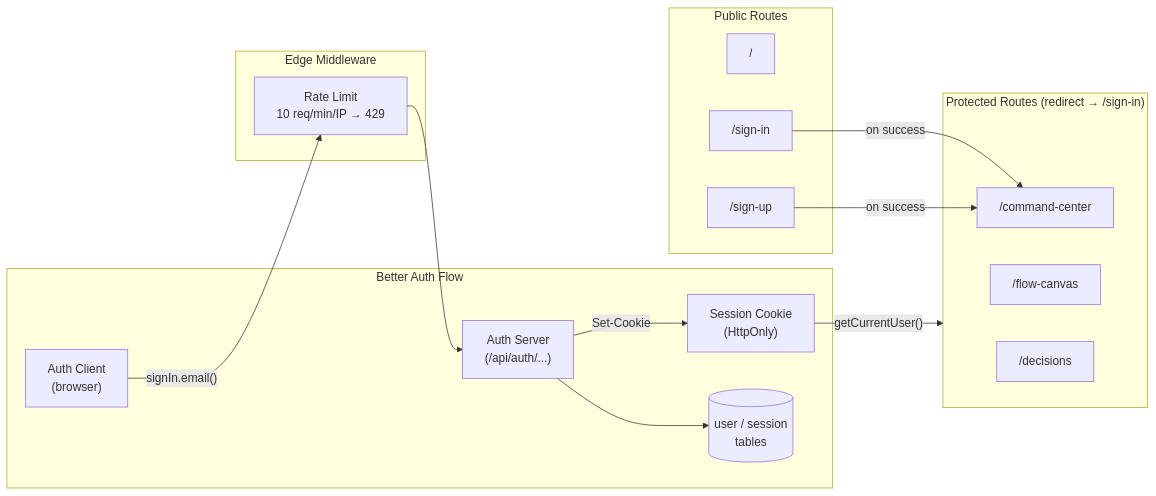
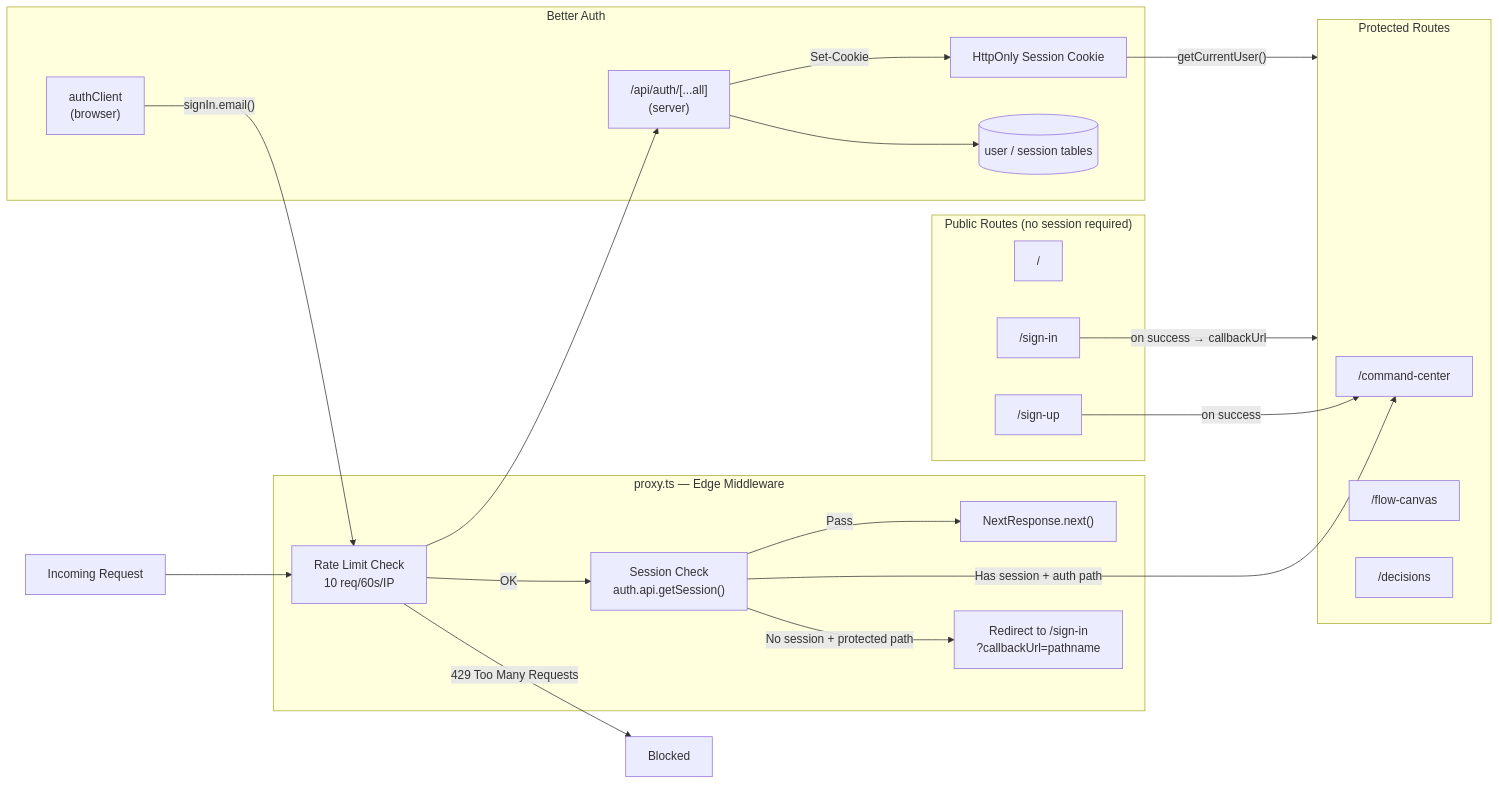
Before and after one commit to BugHunterX2101/SentinalGateway: the fifth of 7 diagrams in README.md, drawn with Mermaid. The commit also changed other lines of this file, not shown here.

Commit message:
docs: complete README redesign with detailed architecture diagrams, full file structure, API reference, and design system docs

````diff
--- a/README.md
+++ b/README.md
@@ -187,34 +256,45 @@
 ```mermaid
 flowchart LR
-    subgraph PublicRoutes["Public Routes"]
-        Landing["/"]
+    subgraph Public["Public Routes (no session required)"]
+        Home["/"]
         SignIn["/sign-in"]
         SignUp["/sign-up"]
     end
 
-    subgraph ProtectedRoutes["Protected Routes (redirect → /sign-in)"]
-        CommandCenter["/command-center"]
-        FlowCanvas["/flow-canvas"]
-        Decisions["/decisions"]
+    subgraph Protected["Protected Routes"]
+        CC["/command-center"]
+        FC["/flow-canvas"]
+        DEC["/decisions"]
     end
 
-    subgraph AuthFlow["Better Auth Flow"]
-        Client["Auth Client\n(browser)"]
-        Server["Auth Server\n(/api/auth/...)"]
-        Session["Session Cookie\n(HttpOnly)"]
-        DB[("user / session\ntables")]
+    subgraph Edge["proxy.ts — Edge Middleware"]
+        RL["Rate Limit Check<br/>10 req/60s/IP"]
+        SC["Session Check<br/>auth.api.getSession()"]
+        Redirect["Redirect to /sign-in<br/>?callbackUrl=pathname"]
+        PassThrough["NextResponse.next()"]
     end
 
-    subgraph Middleware["Edge Middleware"]
-        RateLimit["Rate Limit\n10 req/min/IP → 429"]
+    subgraph Auth["Better Auth"]
+        Client["authClient<br/>(browser)"]
+        Server["/api/auth/[...all]<br/>(server)"]
+        Cookie["HttpOnly Session Cookie"]
+        DB[("user / session tables")]
     end
 
-    Client -->|"signIn.email()"| RateLimit
-    RateLimit --> Server
+    Request["Incoming Request"] --> RL
+    RL -- "429 Too Many Requests" --> Blocked["Blocked"]
+    RL -- "OK" --> SC
+
+    SC -- "No session + protected path" --> Redirect
+    SC -- "Has session + auth path" --> CC
+    SC -- "Pass" --> PassThrough
+
+    Client -->|"signIn.email()"| RL
+    RL --> Server
     Server --> DB
-    Server -->|"Set-Cookie"| Session
-    Session -->|"getCurrentUser()"| ProtectedRoutes
+    Server -->|"Set-Cookie"| Cookie
+    Cookie -->|"getCurrentUser()"| Protected
 
-    SignIn -->|"on success"| CommandCenter
-    SignUp -->|"on success"| CommandCenter
+    SignIn -->|"on success → callbackUrl"| Protected
+    SignUp -->|"on success"| CC
 ```
````
